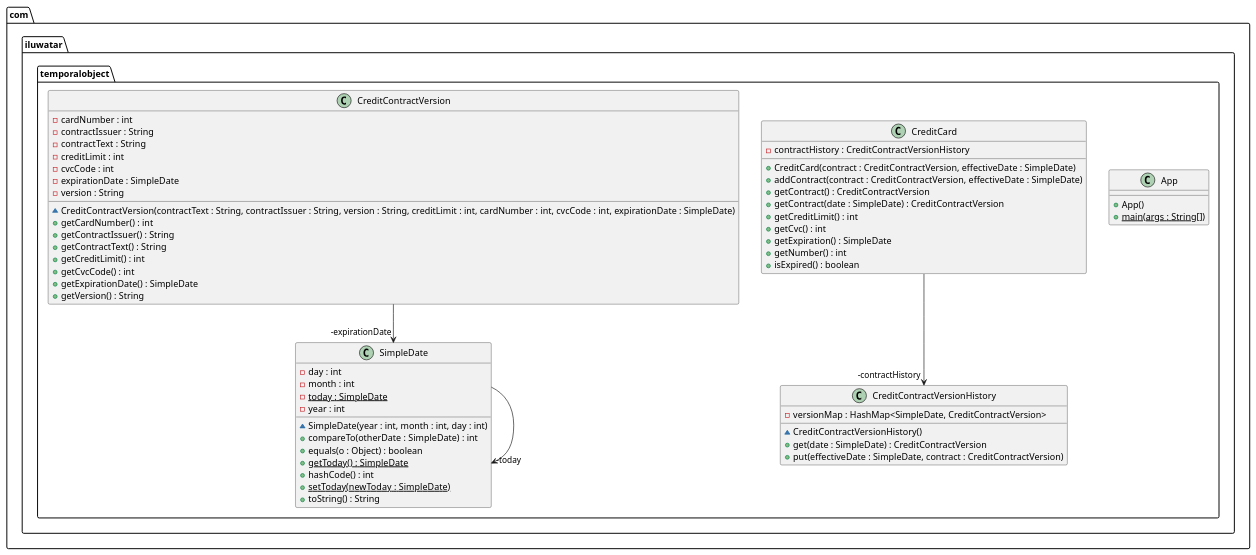
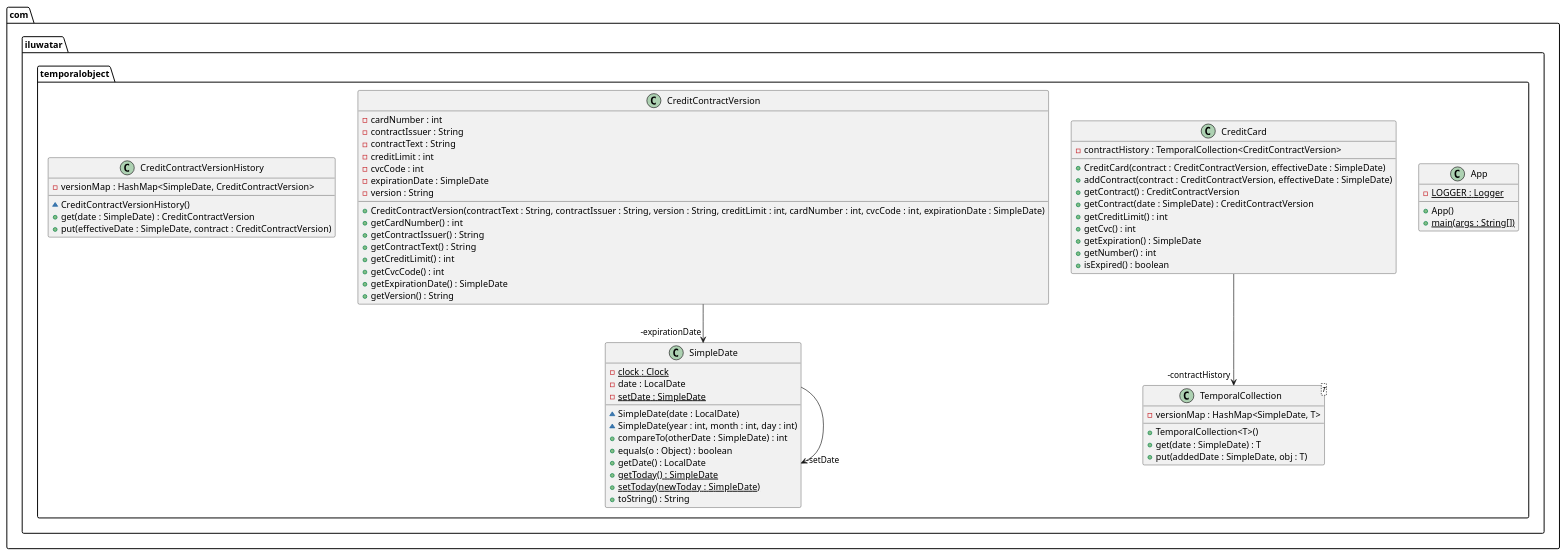
Before and after one commit to iluwatar/java-design-patterns: the diagram in temporal-object/etc/temporal-object.urm.puml, drawn with PlantUML. The commit also changed 9 other files, not shown here.

```diff
--- a/temporal-object/etc/temporal-object.urm.puml
+++ b/temporal-object/etc/temporal-object.urm.puml
@@ -1,59 +1,66 @@
 @startuml
 package com.iluwatar.temporalobject {
   class App {
+    - LOGGER : Logger {static}
     + App()
     + main(args : String[]) {static}
   }
   class CreditCard {
-    - contractHistory : CreditContractVersionHistory
+    - contractHistory : TemporalCollection<CreditContractVersion>
     + CreditCard(contract : CreditContractVersion, effectiveDate : SimpleDate)
     + addContract(contract : CreditContractVersion, effectiveDate : SimpleDate)
     + getContract() : CreditContractVersion
     + getContract(date : SimpleDate) : CreditContractVersion
     + getCreditLimit() : int
     + getCvc() : int
     + getExpiration() : SimpleDate
     + getNumber() : int
     + isExpired() : boolean
   }
   class CreditContractVersion {
     - cardNumber : int
     - contractIssuer : String
     - contractText : String
     - creditLimit : int
     - cvcCode : int
     - expirationDate : SimpleDate
     - version : String
-    ~ CreditContractVersion(contractText : String, contractIssuer : String, version : String, creditLimit : int, cardNumber : int, cvcCode : int, expirationDate : SimpleDate)
+    + CreditContractVersion(contractText : String, contractIssuer : String, version : String, creditLimit : int, cardNumber : int, cvcCode : int, expirationDate : SimpleDate)
     + getCardNumber() : int
     + getContractIssuer() : String
     + getContractText() : String
     + getCreditLimit() : int
     + getCvcCode() : int
     + getExpirationDate() : SimpleDate
     + getVersion() : String
   }
   class CreditContractVersionHistory {
     - versionMap : HashMap<SimpleDate, CreditContractVersion>
     ~ CreditContractVersionHistory()
     + get(date : SimpleDate) : CreditContractVersion
     + put(effectiveDate : SimpleDate, contract : CreditContractVersion)
   }
   class SimpleDate {
-    - day : int
-    - month : int
-    - today : SimpleDate {static}
-    - year : int
+    - clock : Clock {static}
+    - date : LocalDate
+    - setDate : SimpleDate {static}
+    ~ SimpleDate(date : LocalDate)
     ~ SimpleDate(year : int, month : int, day : int)
     + compareTo(otherDate : SimpleDate) : int
     + equals(o : Object) : boolean
+    + getDate() : LocalDate
     + getToday() : SimpleDate {static}
-    + hashCode() : int
     + setToday(newToday : SimpleDate) {static}
     + toString() : String
   }
+  class TemporalCollection<T> {
+    - versionMap : HashMap<SimpleDate, T>
+    + TemporalCollection<T>()
+    + get(date : SimpleDate) : T
+    + put(addedDate : SimpleDate, obj : T)
+  }
 }
-SimpleDate -->  "-today" SimpleDate
+SimpleDate -->  "-setDate" SimpleDate
 CreditContractVersion -->  "-expirationDate" SimpleDate
-CreditCard -->  "-contractHistory" CreditContractVersionHistory
+CreditCard -->  "-contractHistory" TemporalCollection
 @enduml
```
